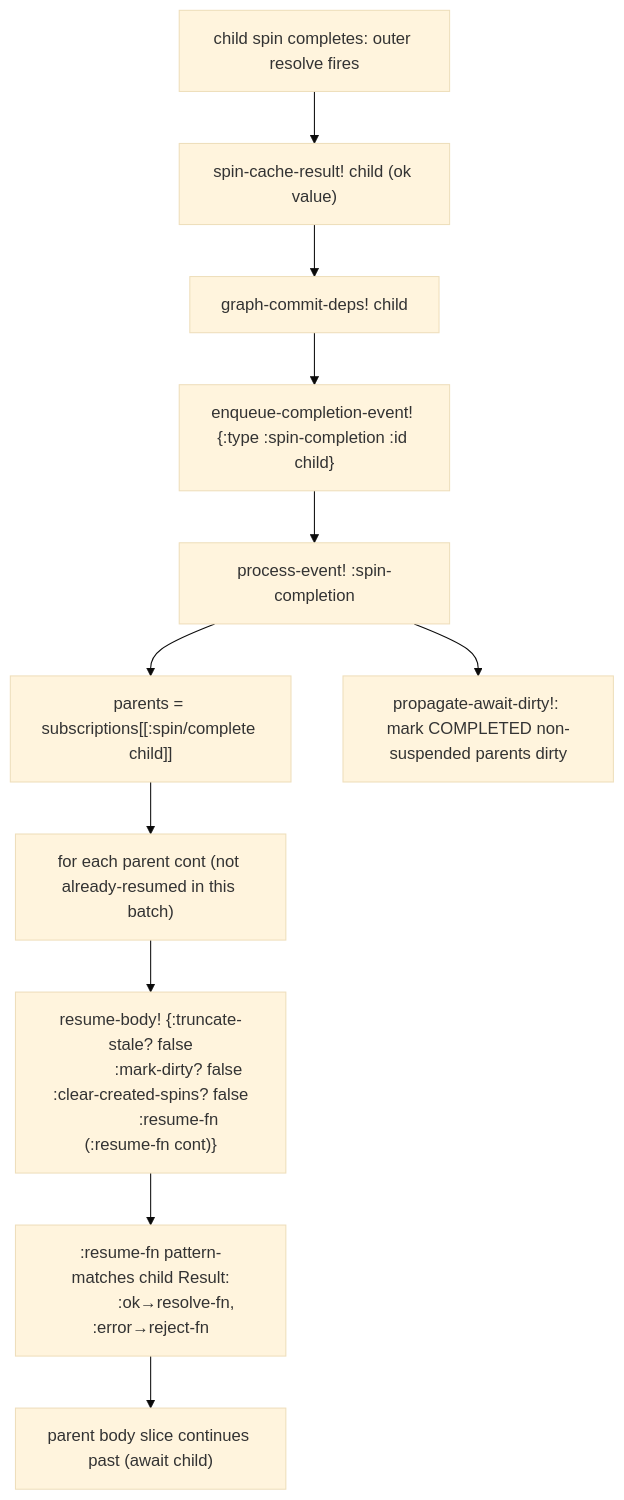
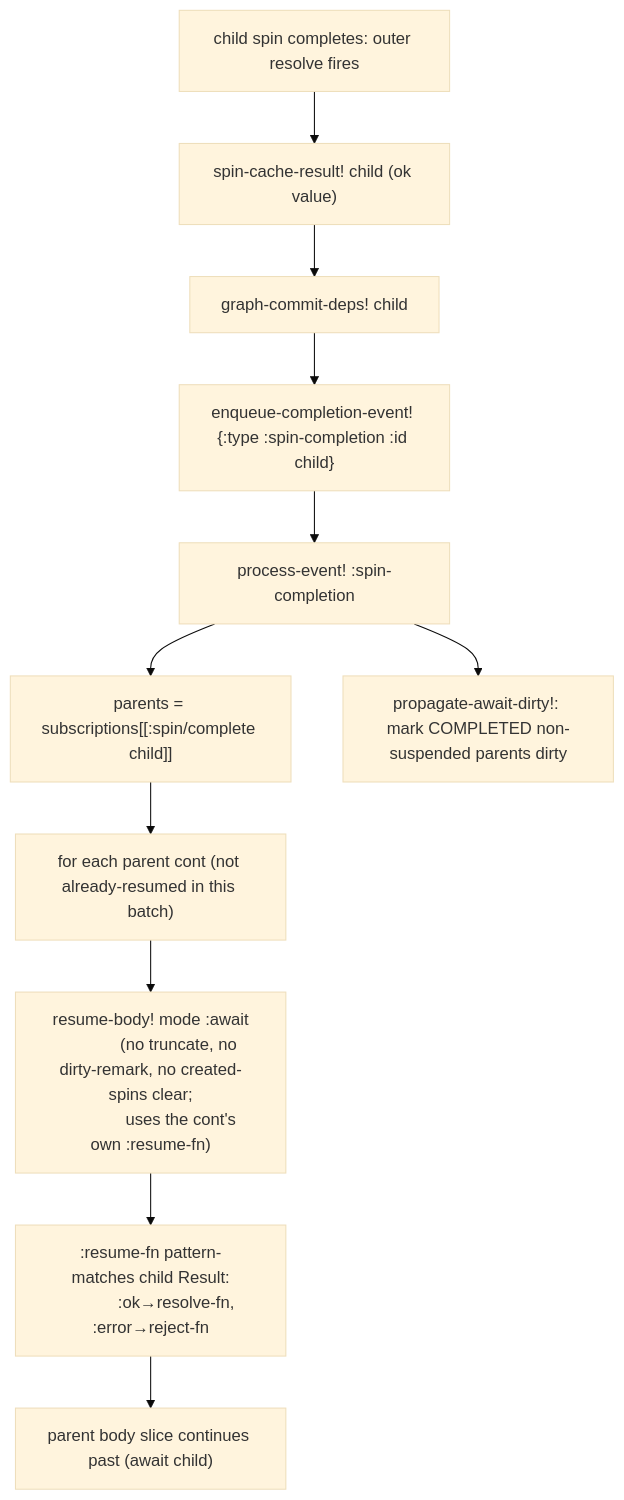
The third of 7 diagrams in docs/engine-formalism.md (replikativ/spindel), drawn with Mermaid (base theme) before and after one commit. The commit also changed other lines of this file and 4 other files, not shown here.

````diff
--- a/docs/engine-formalism.md
+++ b/docs/engine-formalism.md
@@ -642,16 +675,16 @@
 ```mermaid
 flowchart TD
     A["child spin completes: outer resolve fires"] --> B["spin-cache-result! child (ok value)"]
     B --> C["graph-commit-deps! child"]
     C --> D["enqueue-completion-event! {:type :spin-completion :id child}"]
     D --> E["process-event! :spin-completion"]
     E --> F["parents = subscriptions[[:spin/complete child]]"]
     F --> G["for each parent cont (not already-resumed in this batch)"]
-    G --> H["resume-body! {:truncate-stale? false
-             :mark-dirty? false :clear-created-spins? false
-             :resume-fn (:resume-fn cont)}"]
+    G --> H["resume-body! mode :await
+             (no truncate, no dirty-remark, no created-spins clear;
+              uses the cont's own :resume-fn)"]
     H --> I[":resume-fn pattern-matches child Result:
             :ok→resolve-fn, :error→reject-fn"]
     I --> J["parent body slice continues past (await child)"]
     E --> K["propagate-await-dirty!: mark COMPLETED non-suspended parents dirty"]
 ```
````
